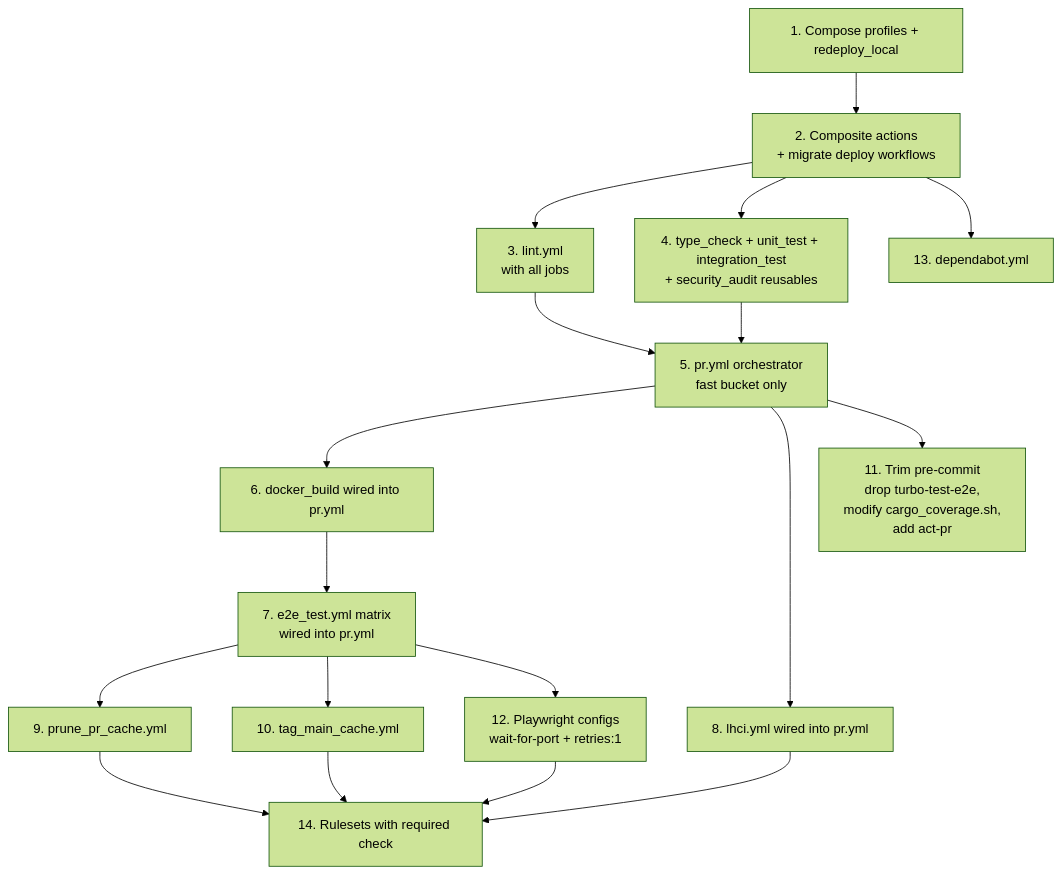
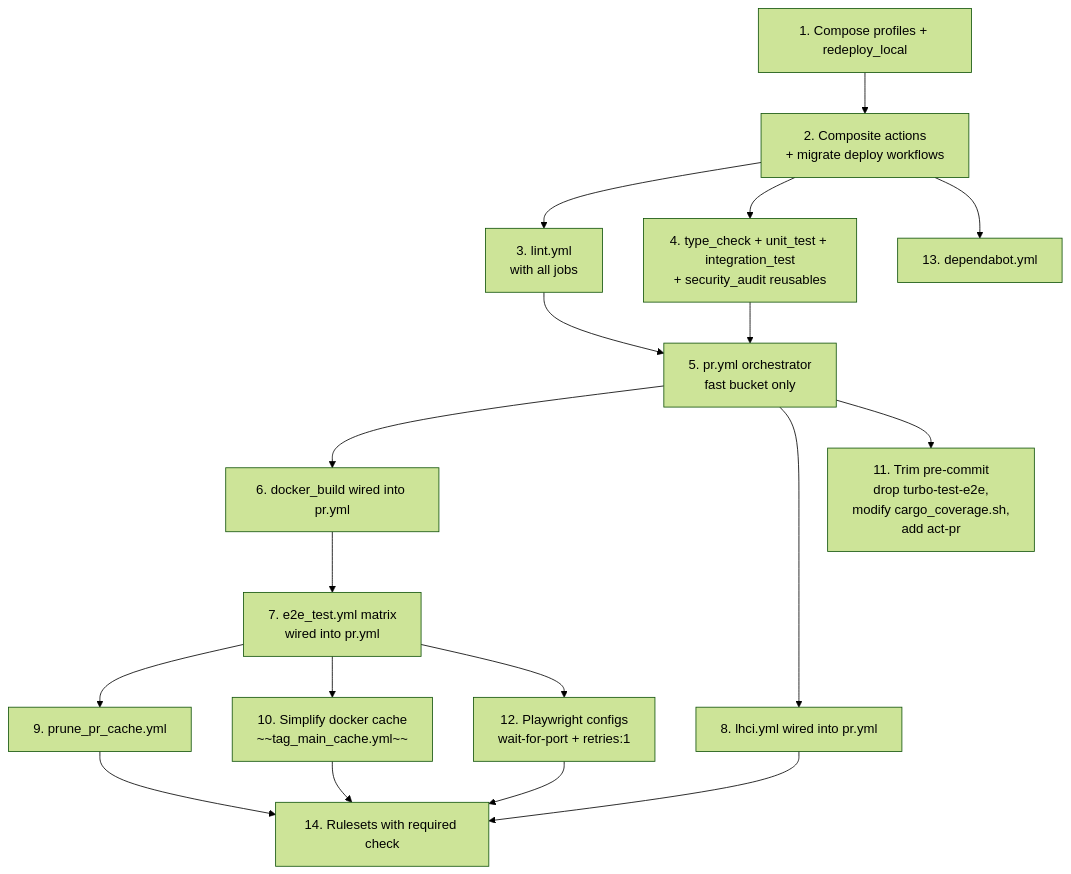
Before and after one commit to token-overflow/tokenoverflow: the diagram in docs/design/2026_05_24_github_ci_cd_pipeline.md, drawn with Mermaid (forest theme). The commit also changed other lines of this file and 9 other files, not shown here.

First line of the commit message:
Simplify Docker build/cache architecture

````diff
--- a/docs/design/2026_05_24_github_ci_cd_pipeline.md
+++ b/docs/design/2026_05_24_github_ci_cd_pipeline.md
@@ -1358,20 +1396,20 @@
 ```mermaid
 flowchart TD
     T1[1. Compose profiles + redeploy_local] --> T2[2. Composite actions<br/>+ migrate deploy workflows]
     T2 --> T3[3. lint.yml<br/>with all jobs]
     T2 --> T4[4. type_check + unit_test + integration_test<br/>+ security_audit reusables]
     T3 --> T5[5. pr.yml orchestrator<br/>fast bucket only]
     T4 --> T5
     T5 --> T6[6. docker_build wired into pr.yml]
     T6 --> T7[7. e2e_test.yml matrix<br/>wired into pr.yml]
     T5 --> T8[8. lhci.yml wired into pr.yml]
     T7 --> T9[9. prune_pr_cache.yml]
-    T7 --> T10[10. tag_main_cache.yml]
+    T7 --> T10[10. Simplify docker cache<br/>~~tag_main_cache.yml~~]
     T5 --> T11[11. Trim pre-commit<br/>drop turbo-test-e2e,<br/>modify cargo_coverage.sh,<br/>add act-pr]
     T7 --> T12[12. Playwright configs<br/>wait-for-port + retries:1]
     T2 --> T13[13. dependabot.yml]
     T9 --> T14[14. Rulesets with required check]
     T8 --> T14
     T10 --> T14
     T12 --> T14
 ```
````
